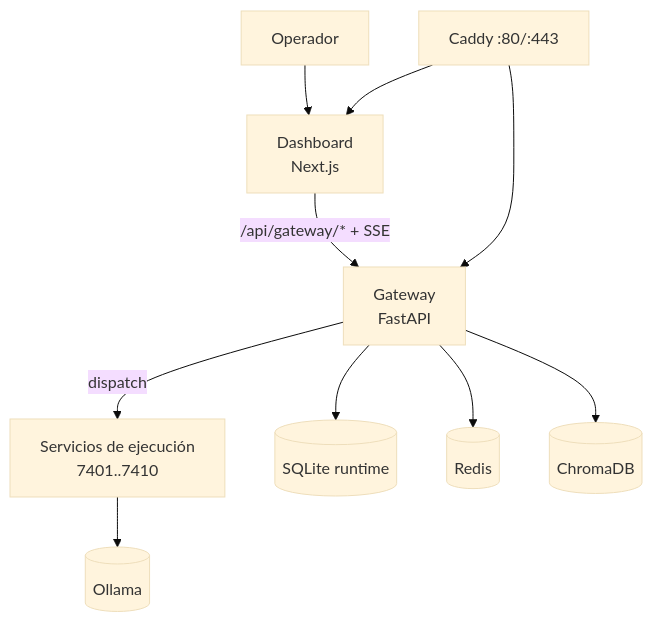
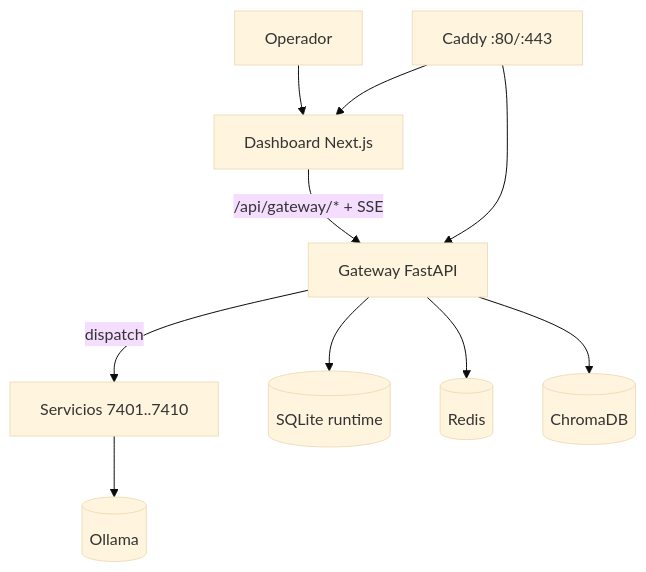
The first of 2 diagrams in README.es.md (guillermovzq/alchemical-agent-ecosystem), drawn with Mermaid (base theme) before and after one commit. The commit also changed other lines of this file and 3 other files, not shown here.

````diff
--- a/README.es.md
+++ b/README.es.md
@@ -47,14 +74,12 @@
 ```mermaid
 flowchart TB
-  U[Operador] --> D[Dashboard\nNext.js]
-  D -->|/api/gateway/* + SSE| G[Gateway\nFastAPI]
-
-  G -->|dispatch| S[Servicios de ejecución\n7401..7410]
+  U[Operador] --> D[Dashboard Next.js]
+  D -->|/api/gateway/* + SSE| G[Gateway FastAPI]
+  G -->|dispatch| S[Servicios 7401..7410]
   G --> DB[(SQLite runtime)]
   G --> R[(Redis)]
   G --> C[(ChromaDB)]
   S --> O[(Ollama)]
-
   EDGE[Caddy :80/:443] --> D
   EDGE --> G
 ```
````
